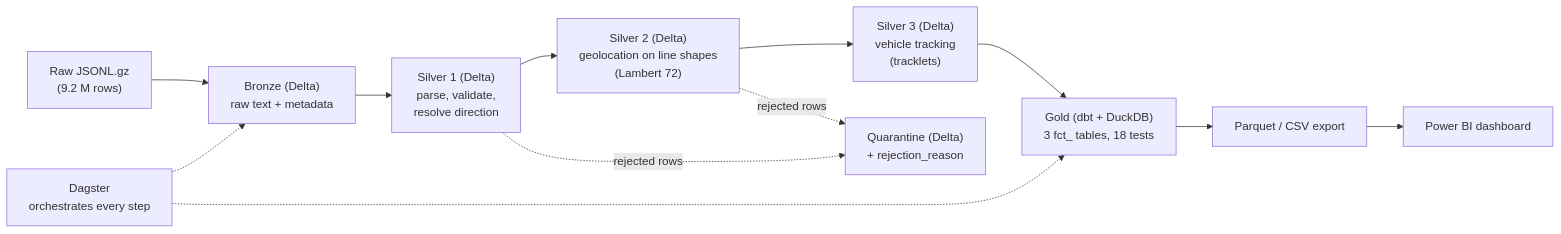
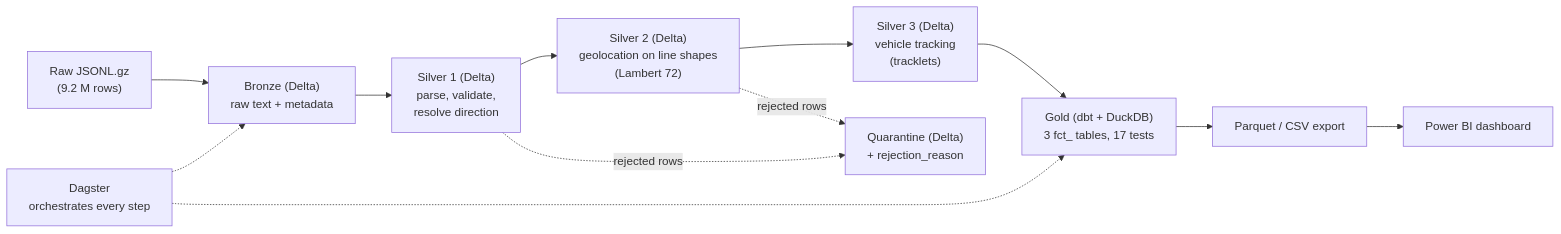
One commit to Aelhamri/stib-lakehouse-streaming changed the diagram in README.md. Above: the diagram before and after it, drawn with Mermaid. The commit also changed other lines of this file and 19 other files, not shown here.

````diff
--- a/README.md
+++ b/README.md
@@ -19,14 +19,14 @@
 ```mermaid
 flowchart LR
     RAW["Raw JSONL.gz<br/>(9.2 M rows)"] --> B["Bronze (Delta)<br/>raw text + metadata"]
     B --> S1["Silver 1 (Delta)<br/>parse, validate,<br/>resolve direction"]
     S1 --> S2["Silver 2 (Delta)<br/>geolocation on line shapes<br/>(Lambert 72)"]
     S2 --> S3["Silver 3 (Delta)<br/>vehicle tracking<br/>(tracklets)"]
     S1 -. rejected rows .-> Q["Quarantine (Delta)<br/>+ rejection_reason"]
     S2 -. rejected rows .-> Q
-    S3 --> G["Gold (dbt + DuckDB)<br/>3 fct_ tables, 18 tests"]
+    S3 --> G["Gold (dbt + DuckDB)<br/>3 fct_ tables, 17 tests"]
     G --> E["Parquet / CSV export"]
     E --> PBI["Power BI dashboard"]
     D["Dagster<br/>orchestrates every step"] -.-> B
     D -.-> G
 ```
````
